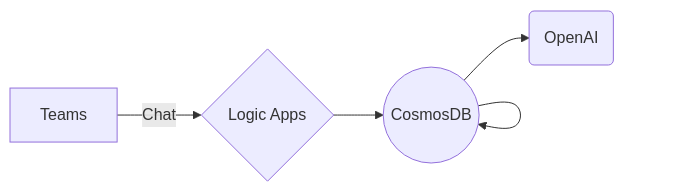
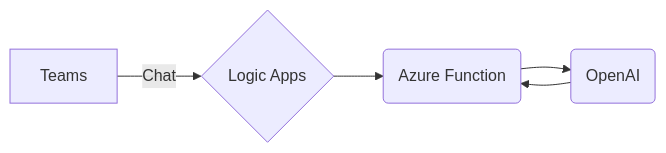
One commit to nagendramishr/mini-rag-quickstart changed the first of 3 diagrams in README.md. Above: the diagram before and after it, drawn with Mermaid.

````diff
--- a/README.md
+++ b/README.md
@@ -27,7 +27,7 @@
 ```mermaid
 graph LR
 A[Teams] -- Chat --> B{Logic Apps}
 B --> C(Azure Function)
-C((CosmosDB)) --> C
+D((CosmosDB)) --> C
 C --> D(OpenAI)
 ```
````
